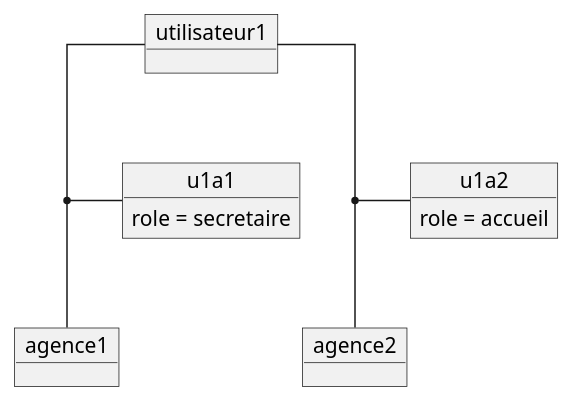
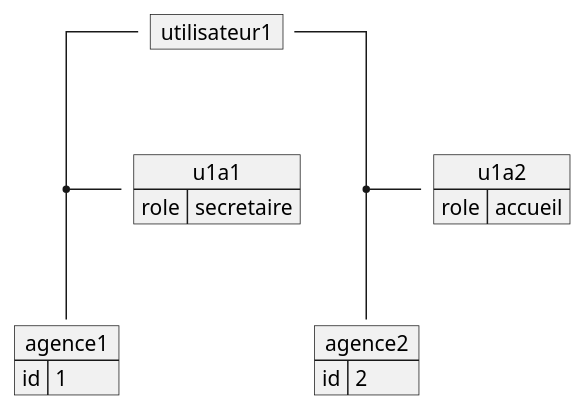
Before and after one commit to CodingCare/wtf-1: the diagram in object_diagram.puml, drawn with PlantUML.

Commit message:
notation on attributes

```diff
--- a/object_diagram.puml
+++ b/object_diagram.puml
@@ -1,20 +1,27 @@
 @startuml
 skinparam linetype ortho
-object utilisateur1
+map utilisateur1 {
+}
 
-object agence1
+map agence1 {
+  id => 1
+}
 
-object agence2
+map agence2 {
+  id => 2
+}
 
-object u1a1
-u1a1 : role = secretaire
+map u1a1 {
+  role => secretaire
+}
 
-object u1a2
-u1a2 : role = accueil
+map u1a2 {
+  role => accueil
+}
 
 utilisateur1 -- agence1
 utilisateur1 -- agence2
 
 (utilisateur1, agence1) -- u1a1
 (utilisateur1, agence2) -- u1a2
 @enduml
```
